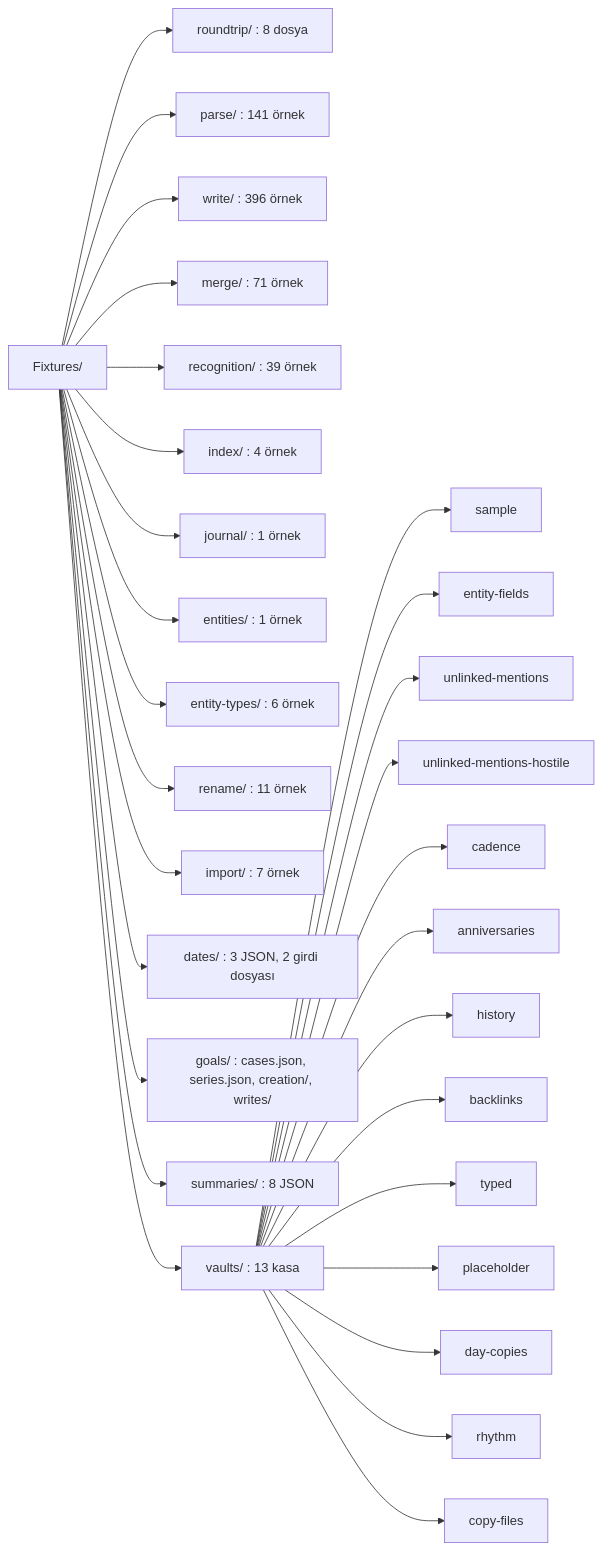
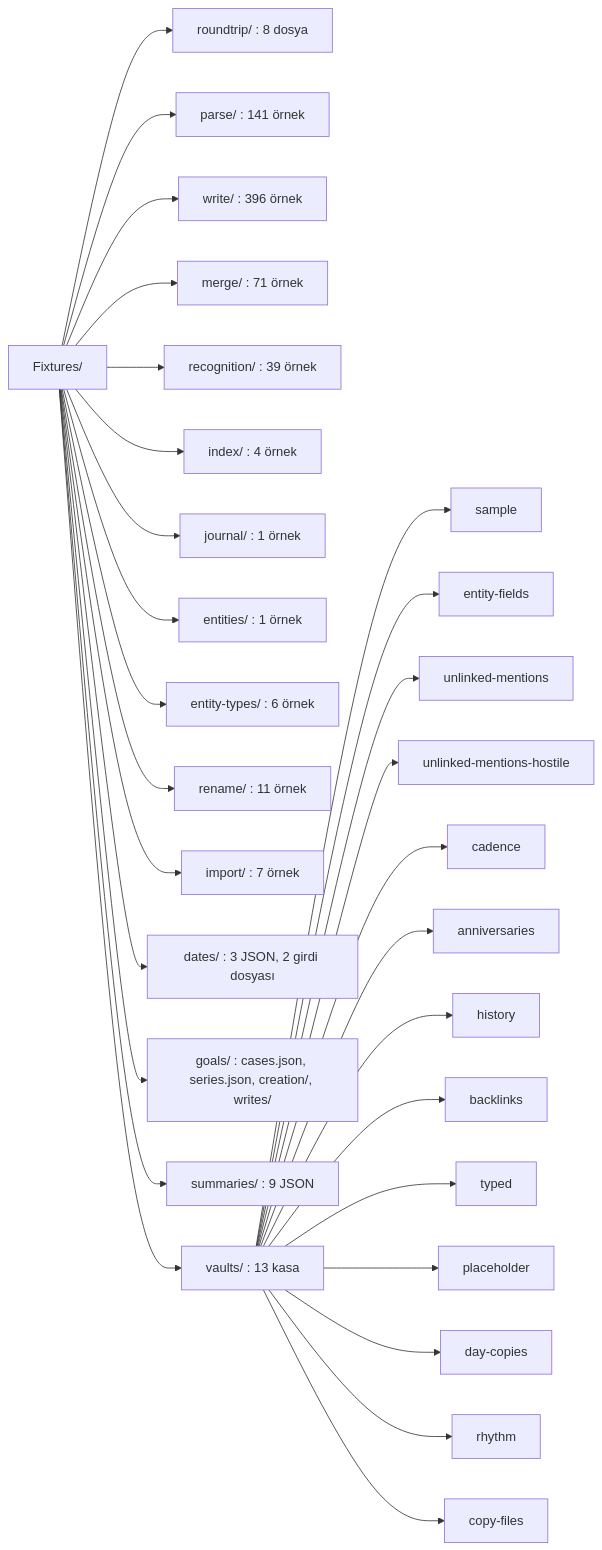
One commit to dogancanyildiz/kenet changed the first of 11 diagrams in docs/fixtures.md. Above: the diagram before and after it, drawn with Mermaid. The commit also changed other lines of this file and 21 other files, not shown here.

````diff
--- a/docs/fixtures.md
+++ b/docs/fixtures.md
@@ -15,32 +15,32 @@
 ```mermaid
 flowchart LR
   F["Fixtures/"]
   F --> RT["roundtrip/ : 8 dosya"]
   F --> PA["parse/ : 141 örnek"]
   F --> WR["write/ : 396 örnek"]
   F --> ME["merge/ : 71 örnek"]
   F --> RE["recognition/ : 39 örnek"]
   F --> IX["index/ : 4 örnek"]
   F --> JO["journal/ : 1 örnek"]
   F --> EN["entities/ : 1 örnek"]
   F --> ET["entity-types/ : 6 örnek"]
   F --> RN["rename/ : 11 örnek"]
   F --> IM["import/ : 7 örnek"]
   F --> DA["dates/ : 3 JSON, 2 girdi dosyası"]
   F --> GO["goals/ : cases.json, series.json, creation/, writes/"]
-  F --> SU["summaries/ : 8 JSON"]
+  F --> SU["summaries/ : 9 JSON"]
   F --> VA["vaults/ : 13 kasa"]
   VA --> V1["sample"]
   VA --> V2["entity-fields"]
   VA --> V3["unlinked-mentions"]
   VA --> V4["unlinked-mentions-hostile"]
   VA --> V5["cadence"]
   VA --> V6["anniversaries"]
   VA --> V7["history"]
   VA --> V8["backlinks"]
   VA --> V9["typed"]
   VA --> V10["placeholder"]
   VA --> V11["day-copies"]
   VA --> V12["rhythm"]
   VA --> V13["copy-files"]
 ```
````
